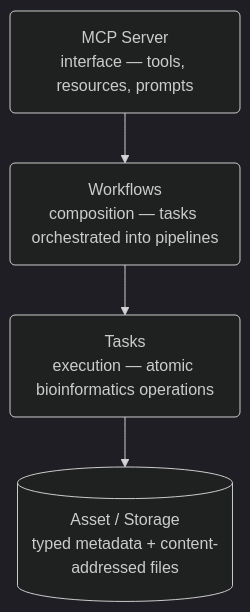
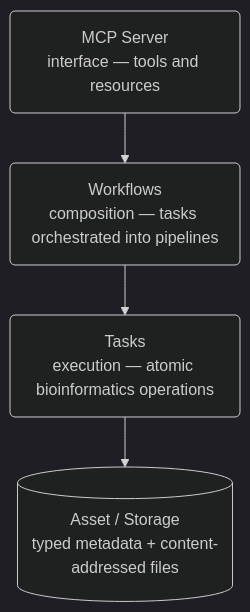
Before and after one commit to StargazerBio/stargazer: the diagram in docs/architecture/overview.md, drawn with Mermaid (dark theme). The commit also changed other lines of this file and 3 other files, not shown here.

````diff
--- a/docs/architecture/overview.md
+++ b/docs/architecture/overview.md
@@ -5,9 +5,9 @@
 ```mermaid
 flowchart TD
-    MCP("MCP Server\ninterface — tools, resources, prompts")
+    MCP("MCP Server\ninterface — tools and resources")
     WF("Workflows\ncomposition — tasks orchestrated into pipelines")
     T("Tasks\nexecution — atomic bioinformatics operations")
     A[("Asset / Storage\ntyped metadata + content-addressed files")]
 
     MCP --> WF --> T --> A
 ```
````
